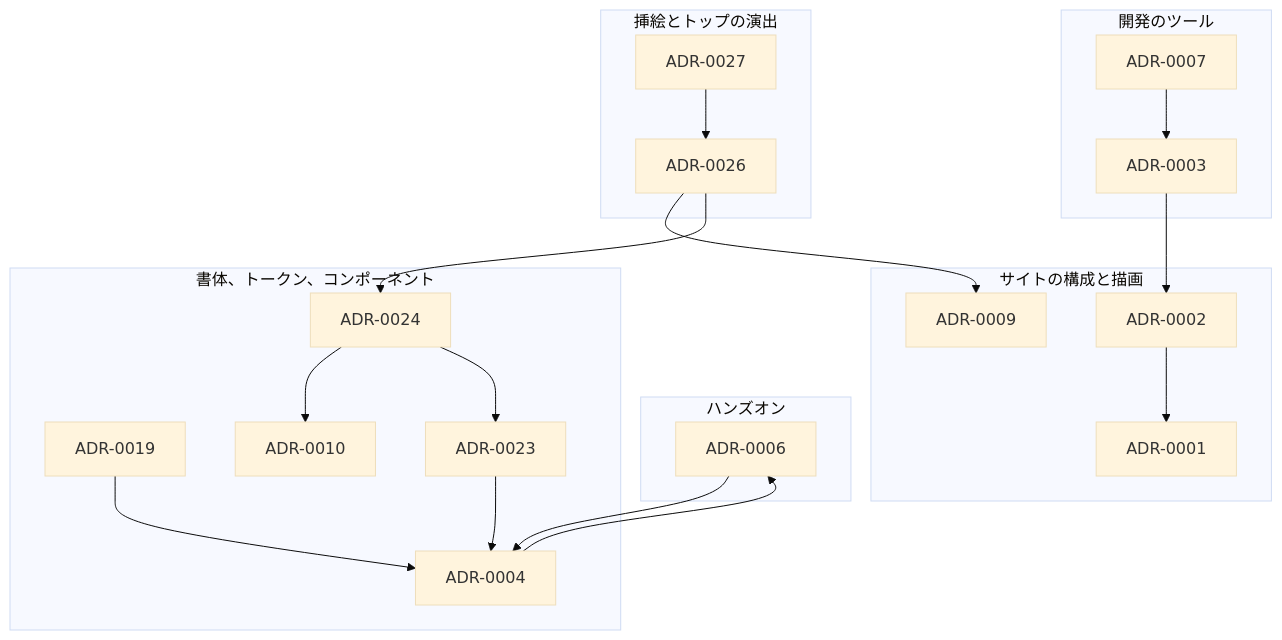
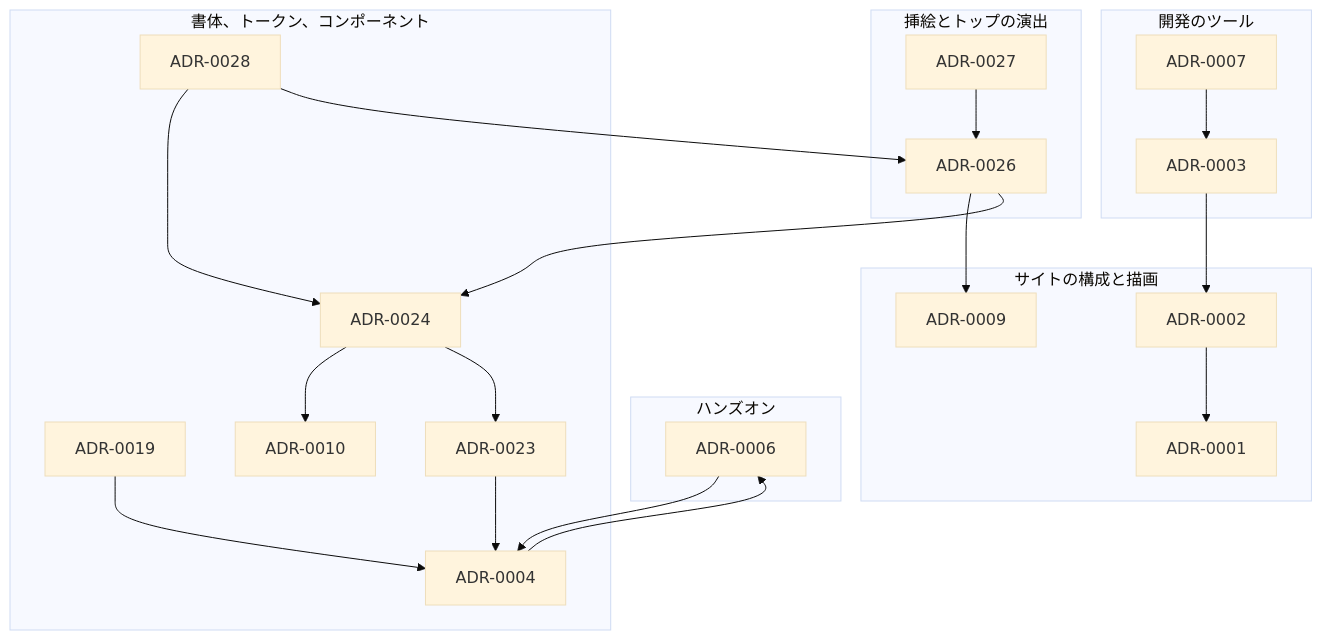
One commit to Fukuemon/fukuemon.dev changed the diagram in adr/index.md. Above: the diagram before and after it, drawn with Mermaid (base theme). The commit also changed other lines of this file and 1 other file, not shown here.

Commit message:
docs(adr): 角丸、影、筆の動きを決め直す ADR-0028 を提案で追加する #68

````diff
--- a/adr/index.md
+++ b/adr/index.md
@@ -68,38 +69,41 @@
 ```mermaid
 flowchart TB
   subgraph site["サイトの構成と描画"]
     A0001["ADR-0001"]
     A0002["ADR-0002"]
     A0009["ADR-0009"]
   end
   subgraph lab["ハンズオン"]
     A0006["ADR-0006"]
   end
   subgraph tools["開発のツール"]
     A0003["ADR-0003"]
     A0007["ADR-0007"]
   end
   subgraph design["書体、トークン、コンポーネント"]
     A0004["ADR-0004"]
     A0019["ADR-0019"]
     A0023["ADR-0023"]
     A0010["ADR-0010"]
     A0024["ADR-0024"]
+    A0028["ADR-0028"]
   end
   subgraph top["挿絵とトップの演出"]
     A0026["ADR-0026"]
     A0027["ADR-0027"]
   end
   A0002 --> A0001
   A0003 --> A0002
   A0007 --> A0003
   A0004 --> A0006
   A0006 --> A0004
   A0019 --> A0004
   A0023 --> A0004
   A0024 --> A0010
   A0024 --> A0023
   A0026 --> A0009
   A0026 --> A0024
   A0027 --> A0026
+  A0028 --> A0024
+  A0028 --> A0026
 ```
````
